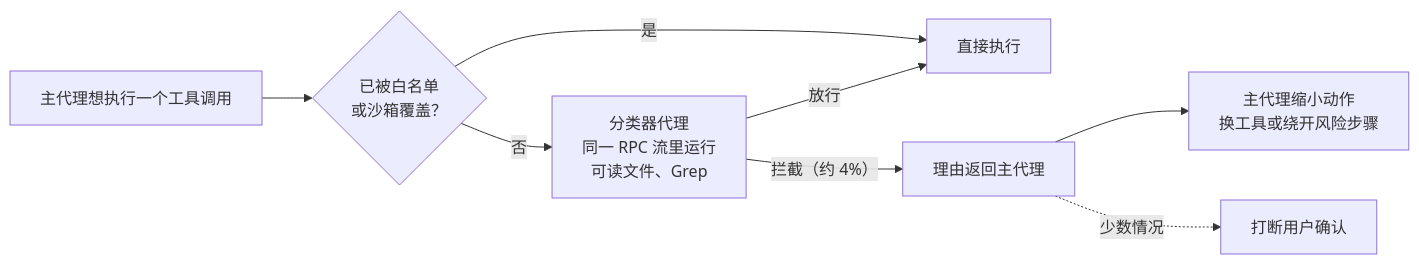
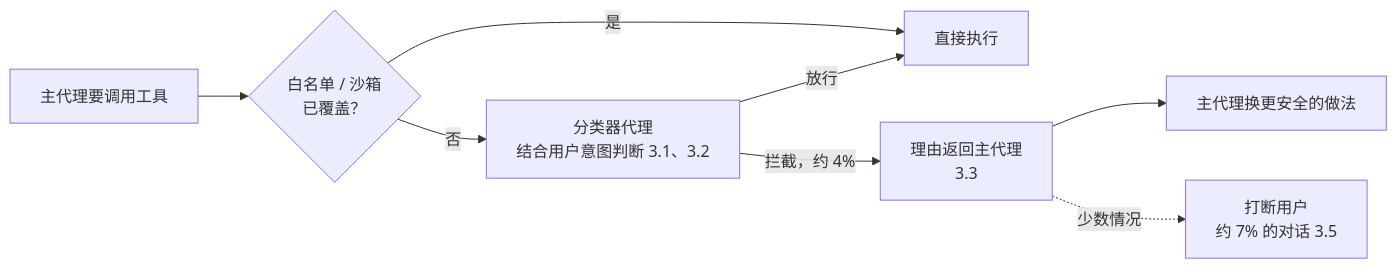
Before and after one commit to yzw7489757/ai-coding-videos: the diagram in docs/39-cursor-auto-review-classifier.md, drawn with Mermaid. The commit also changed other lines of this file and 6 other files, not shown here.

````diff
--- a/docs/39-cursor-auto-review-classifier.md
+++ b/docs/39-cursor-auto-review-classifier.md
@@ -47,10 +66,10 @@
 ```mermaid
 flowchart LR
-    A["主代理想执行一个工具调用"] --> B{"已被白名单<br/>或沙箱覆盖？"}
-    B -- 是 --> R["直接执行"]
-    B -- 否 --> C["分类器代理<br/>同一 RPC 流里运行<br/>可读文件、Grep"]
-    C -- 放行 --> R
-    C -- "拦截（约 4%）" --> D["理由返回主代理"]
-    D --> E["主代理缩小动作<br/>换工具或绕开风险步骤"]
-    D -.少数情况.-> F["打断用户确认"]
+  A["主代理要调用工具"] --> B{"白名单 / 沙箱<br/>已覆盖？"}
+  B -- 是 --> R["直接执行"]
+  B -- 否 --> C["分类器代理<br/>结合用户意图判断 3.1、3.2"]
+  C -- 放行 --> R
+  C -- "拦截，约 4%" --> D["理由返回主代理<br/>3.3"]
+  D --> E["主代理换更安全的做法"]
+  D -. "少数情况" .-> F["打断用户<br/>约 7% 的对话 3.5"]
 ```
````
